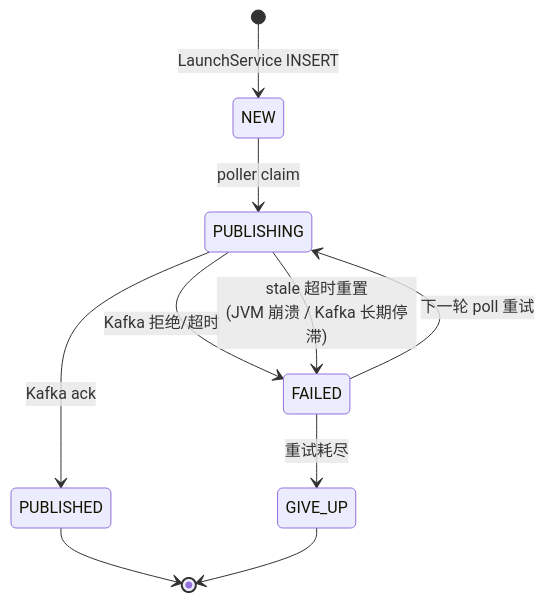
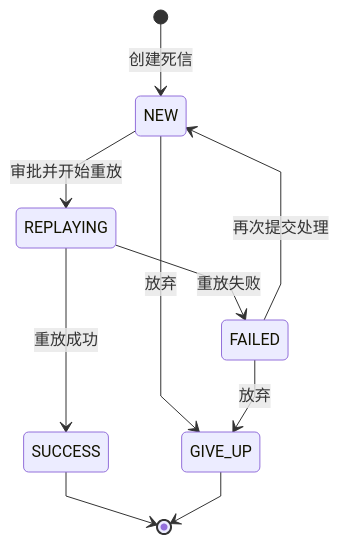
One commit to pinpols/file-batch-system changed the seventh of 24 diagrams in docs/architecture/system-flow-overview.md. Above: the diagram before and after it, drawn with Mermaid. The commit also changed other lines of this file and 5032 other files, not shown here.

````diff
--- a/docs/architecture/system-flow-overview.md
+++ b/docs/architecture/system-flow-overview.md
@@ -1108,12 +189,13 @@
 ```mermaid
+%%{init: {"flowchart":{"curve":"linear","nodeSpacing":32,"rankSpacing":48},"sequence":{"mirrorActors":false}}}%%
 stateDiagram-v2
-  [*] --> NEW: LaunchService INSERT
-  NEW --> PUBLISHING: poller claim
-  PUBLISHING --> PUBLISHED: Kafka ack
-  PUBLISHING --> FAILED: Kafka 拒绝/超时
-  FAILED --> PUBLISHING: 下一轮 poll 重试
-  FAILED --> GIVE_UP: 重试耗尽
-  PUBLISHING --> FAILED: stale 超时重置<br/>(JVM 崩溃 / Kafka 长期停滞)
-  PUBLISHED --> [*]
+  [*] --> NEW: 创建死信
+  NEW --> REPLAYING: 审批并开始重放
+  NEW --> GIVE_UP: 放弃
+  REPLAYING --> SUCCESS: 重放成功
+  REPLAYING --> FAILED: 重放失败
+  FAILED --> NEW: 再次提交处理
+  FAILED --> GIVE_UP: 放弃
+  SUCCESS --> [*]
   GIVE_UP --> [*]
 ```
````
